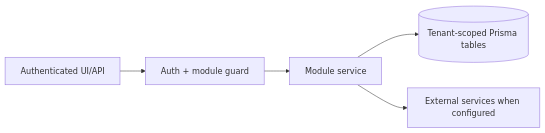
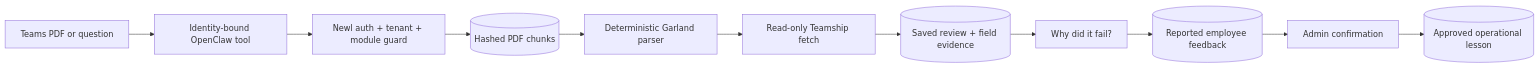
The diagram in docs/modules/shipment-documents/workflow.md (newell29/newl-apps), drawn with Mermaid before and after one commit. The commit also changed other lines of this file and 33 other files, not shown here.

````diff
--- a/docs/modules/shipment-documents/workflow.md
+++ b/docs/modules/shipment-documents/workflow.md
@@ -21,7 +25,13 @@
 ```mermaid
 flowchart LR
-  UI[Authenticated UI/API] --> Auth[Auth + module guard]
-  Auth --> Service[Module service]
-  Service --> DB[(Tenant-scoped Prisma tables)]
-  Service --> Ext[External services when configured]
+  Teams[Teams PDF or question] --> OpenClaw[Identity-bound OpenClaw tool]
+  OpenClaw --> Auth[Newl auth + tenant + module guard]
+  Auth --> Artifact[(Hashed PDF chunks)]
+  Artifact --> Parse[Deterministic Garland parser]
+  Parse --> Read[Read-only Teamship fetch]
+  Read --> Review[(Saved review + field evidence)]
+  Review --> Explain[Why did it fail?]
+  Explain --> Feedback[(Reported employee feedback)]
+  Feedback --> Approval[Admin confirmation]
+  Approval --> Memory[(Approved operational lesson)]
 ```
````
